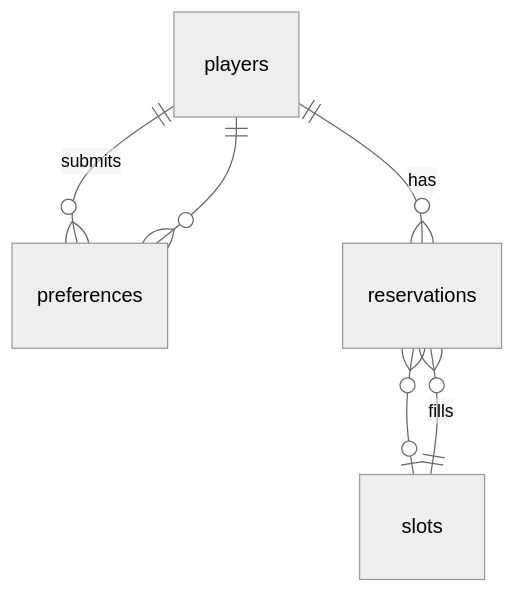
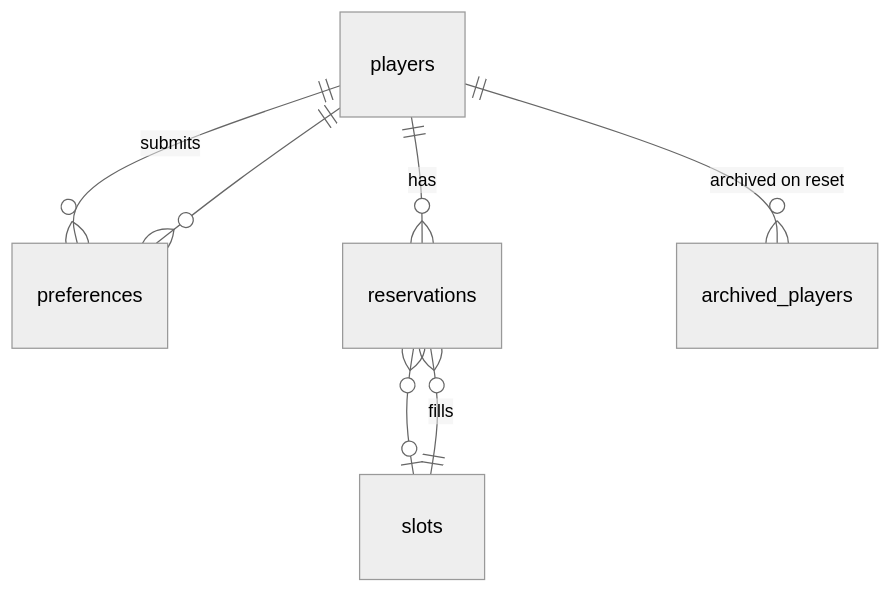
Before and after one commit to SxxM131/wos1234: the second of 4 diagrams in docs/RESERVATION_SYSTEM.md, drawn with Mermaid (neutral theme). The commit also changed other lines of this file and 18 other files, not shown here.

````diff
--- a/docs/RESERVATION_SYSTEM.md
+++ b/docs/RESERVATION_SYSTEM.md
@@ -114,8 +148,9 @@
 ```mermaid
 erDiagram
   players ||--o{ preferences : submits
   players ||--o{ reservations : has
   slots ||--o{ reservations : fills
   preferences }o--|| players : ""
   reservations }o--o| slots : ""
+  players ||--o{ archived_players : "archived on reset"
 ```
````
